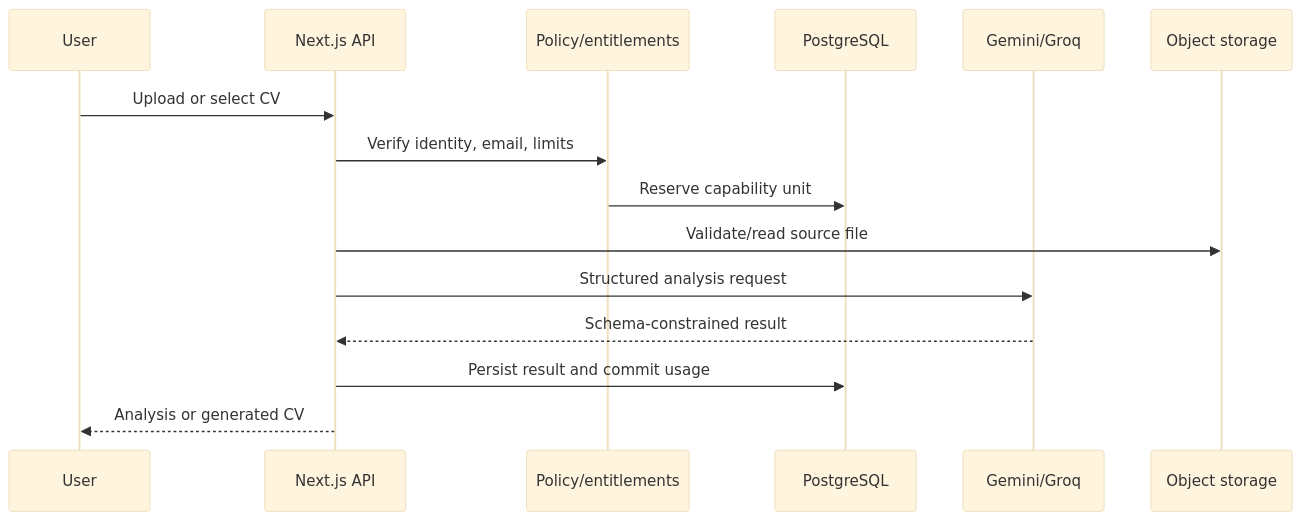
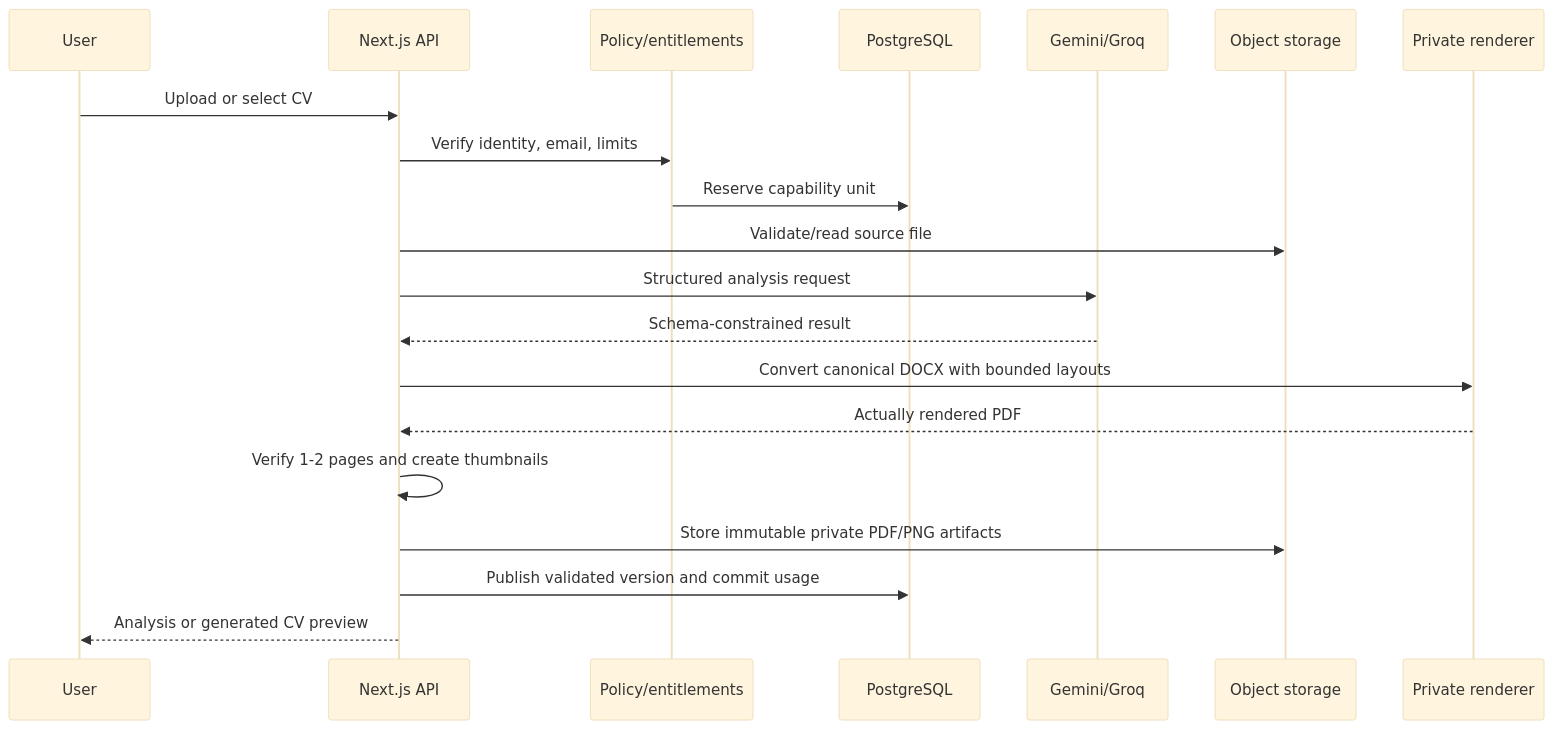
One commit to mirzahussnain/align changed the second of 2 diagrams in docs/ARCHITECTURE.md. Above: the diagram before and after it, drawn with Mermaid (base theme). The commit also changed other lines of this file and 7 other files, not shown here.

Commit message:
docs(cv): add private renderer operations runbook

````diff
--- a/docs/ARCHITECTURE.md
+++ b/docs/ARCHITECTURE.md
@@ -77,18 +78,23 @@
 ```mermaid
 sequenceDiagram
   participant U as User
   participant API as Next.js API
   participant P as Policy/entitlements
   participant DB as PostgreSQL
   participant AI as Gemini/Groq
   participant S3 as Object storage
+  participant R as Private renderer
 
   U->>API: Upload or select CV
   API->>P: Verify identity, email, limits
   P->>DB: Reserve capability unit
   API->>S3: Validate/read source file
   API->>AI: Structured analysis request
   AI-->>API: Schema-constrained result
-  API->>DB: Persist result and commit usage
-  API-->>U: Analysis or generated CV
+  API->>R: Convert canonical DOCX with bounded layouts
+  R-->>API: Actually rendered PDF
+  API->>API: Verify 1-2 pages and create thumbnails
+  API->>S3: Store immutable private PDF/PNG artifacts
+  API->>DB: Publish validated version and commit usage
+  API-->>U: Analysis or generated CV preview
 ```
````
